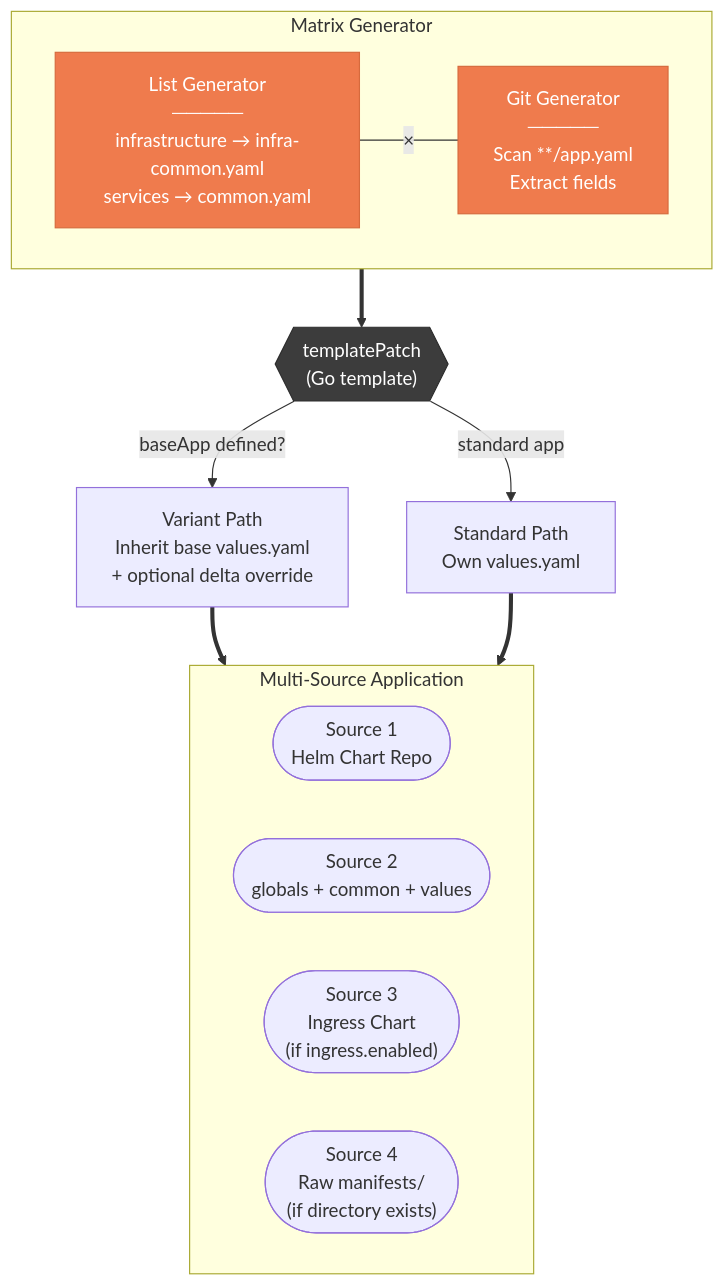
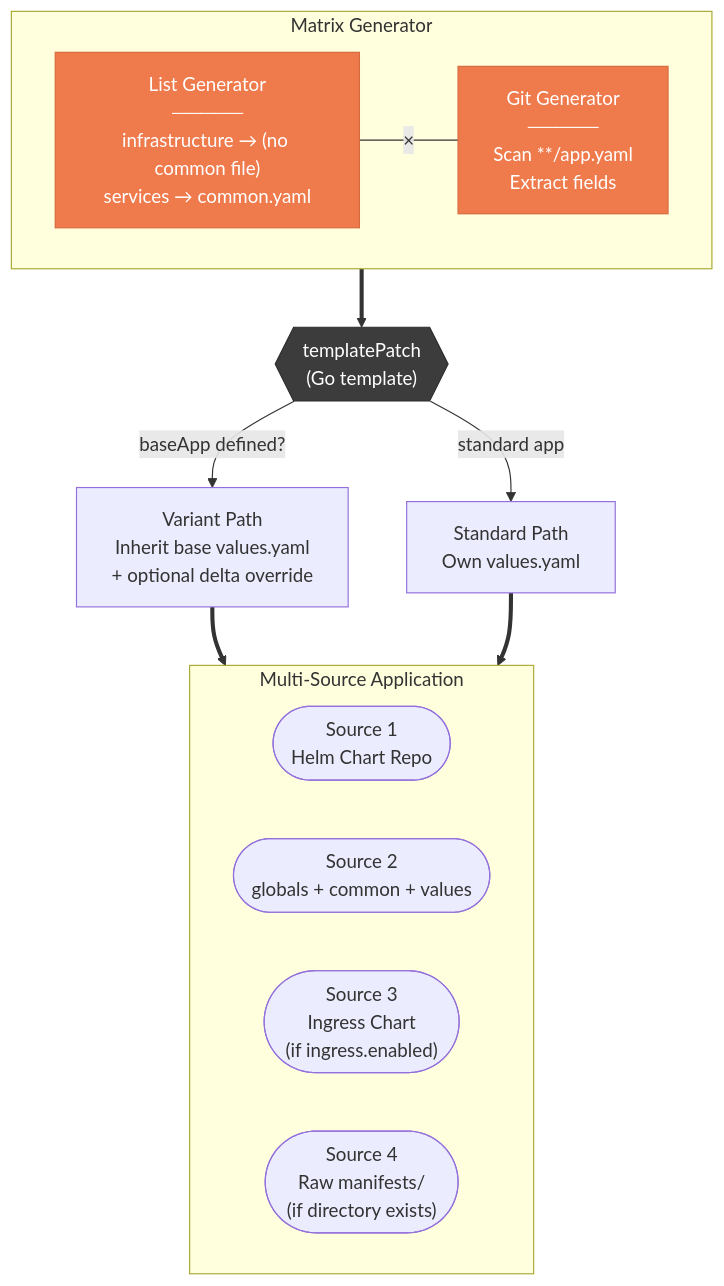
The second of 7 diagrams in README.md (Starktastic-Homelab/apps), drawn with Mermaid before and after one commit.

Commit message:
docs: correct Matrix Generator diagram for infrastructure common values [skip ci]
The List Generator showed infrastructure mapping to a nonexistent
infra-common.yaml; infrastructure uses an empty commonValues, so it
now correctly shows no category common file.

````diff
--- a/README.md
+++ b/README.md
@@ -92,25 +92,25 @@
 ```mermaid
 flowchart TB
     subgraph matrix["Matrix Generator"]
-        LIST["List Generator\n─────\ninfrastructure → infra-common.yaml\nservices → common.yaml"] ---|"×"| GIT["Git Generator\n─────\nScan **/app.yaml\nExtract fields"]
+        LIST["List Generator\n─────\ninfrastructure → (no common file)\nservices → common.yaml"] ---|"×"| GIT["Git Generator\n─────\nScan **/app.yaml\nExtract fields"]
     end
 
     matrix ==> PATCH{{"templatePatch\n(Go template)"}}
 
     PATCH -->|"baseApp defined?"| VARIANT["Variant Path\nInherit base values.yaml\n+ optional delta override"]
     PATCH -->|"standard app"| STANDARD["Standard Path\nOwn values.yaml"]
 
     VARIANT & STANDARD ==> SOURCES
 
     subgraph SOURCES["Multi-Source Application"]
         S1(["Source 1\nHelm Chart Repo"])
         S2(["Source 2\nglobals + common + values"])
         S3(["Source 3\nIngress Chart\n(if ingress.enabled)"])
         S4(["Source 4\nRaw manifests/\n(if directory exists)"])
     end
 
     classDef gen fill:#EF7B4D,stroke:#D66A3D,color:#fff
     classDef gate fill:#3C3C3C,stroke:#2D2D2D,color:#fff
     class LIST,GIT gen
     class PATCH gate
 ```
````
